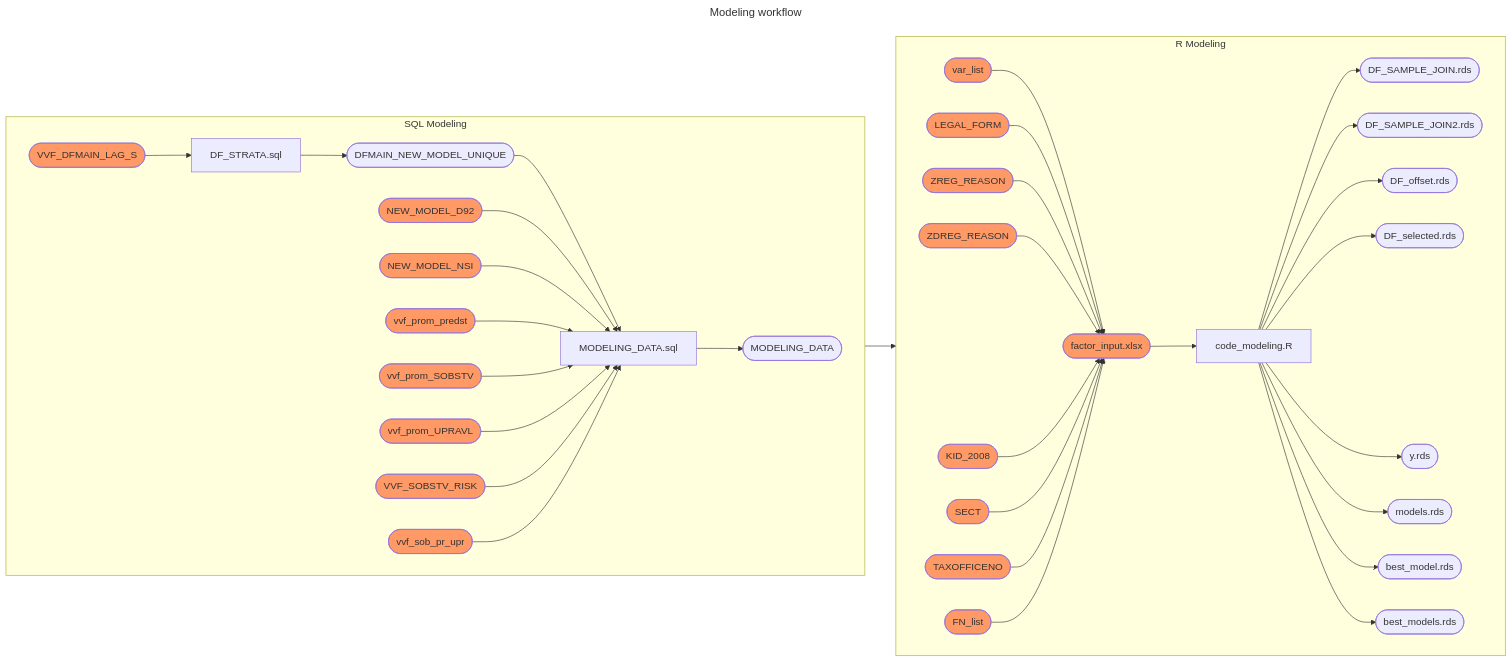
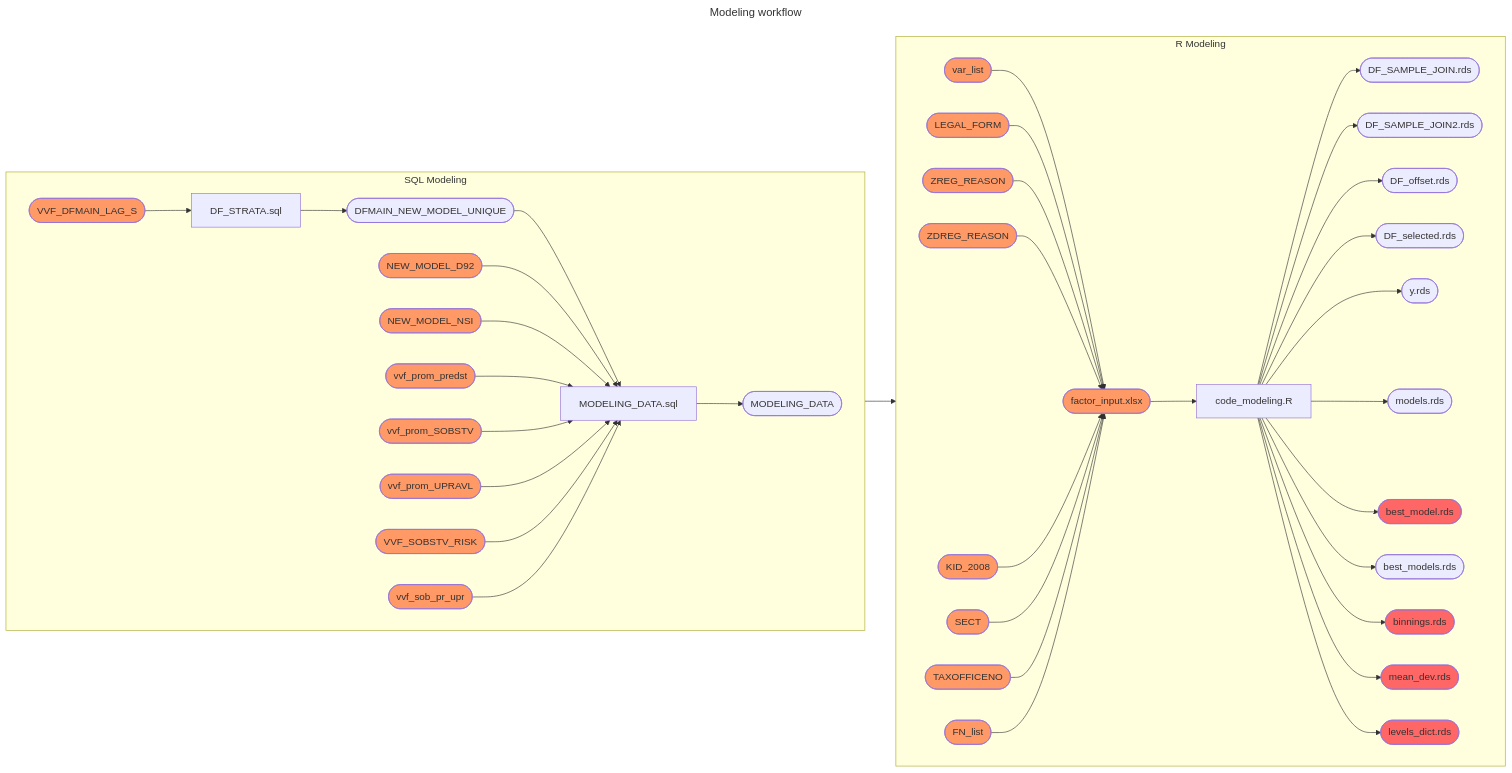
The first of 2 diagrams in user-manual.md (angel-marchev/case-cold-start-modeling), drawn with Mermaid before and after one commit. The commit also changed other lines of this file, not shown here.

````diff
--- a/user-manual.md
+++ b/user-manual.md
@@ -1,51 +1,60 @@
 ```mermaid
 ---
 title: Modeling workflow
 ---
 flowchart LR;
   subgraph sql_modeling["SQL Modeling"]
     direction LR
     input_data([VVF_DFMAIN_LAG_S])-->strata[DF_STRATA.sql];
     strata[DF_STRATA.sql]-->strata_table([DFMAIN_NEW_MODEL_UNIQUE]);
     strata_table([DFMAIN_NEW_MODEL_UNIQUE])-->modeling[MODELING_DATA.sql];
     dekl92([NEW_MODEL_D92])-->modeling[MODELING_DATA.sql];
     gfo([NEW_MODEL_NSI])-->modeling[MODELING_DATA.sql];
     flag_predst([vvf_prom_predst])-->modeling[MODELING_DATA.sql];
     flag_sobst([vvf_prom_SOBSTV])-->modeling[MODELING_DATA.sql];
     flag_uprav([vvf_prom_UPRAVL])-->modeling[MODELING_DATA.sql];
     flag_sobst_risk([VVF_SOBSTV_RISK])-->modeling[MODELING_DATA.sql];
     flag_promeni([vvf_sob_pr_upr])-->modeling[MODELING_DATA.sql];
     modeling[MODELING_DATA.sql]-->modeling_table([MODELING_DATA]);
     class input_data,dekl92,gfo,flag_predst,flag_sobst,flag_uprav,flag_sobst_risk,flag_promeni ToBePrapared;
     classDef ToBePrapared fill:#f96;  
    
   end
   subgraph R_modeling["R Modeling"]
     direction LR
     modeling_table([MODELING_DATA])-->r_model[code_modeling.R];
     r_model[code_modeling.R]-->output1([DF_SAMPLE_JOIN.rds]);
     r_model[code_modeling.R]-->output2([DF_SAMPLE_JOIN2.rds]);
     r_model[code_modeling.R]-->output3([DF_offset.rds]);
     r_model[code_modeling.R]-->output4([DF_selected.rds]);
     r_model[code_modeling.R]-->output5([y.rds]);
     r_model[code_modeling.R]-->output6([models.rds]);
-    r_model[code_modeling.R]-->output7([best_model.rds]);
-    r_model[code_modeling.R]-->output8([best_models.rds]);
+    r_model[code_modeling.R]-->best_model([best_model.rds]);
+    r_model[code_modeling.R]-->output7([best_models.rds]);
+    r_model[code_modeling.R]-->binnings([binnings.rds]);
+    r_model[code_modeling.R]-->mean_dev([mean_dev.rds]);
+    r_model[code_modeling.R]-->levels_dict([levels_dict.rds]);
 
     var_list([var_list])-->user_input_model([factor_input.xlsx]);
     legal_form([LEGAL_FORM])-->user_input_model([factor_input.xlsx]);
     zreg_reason([ZREG_REASON])-->user_input_model([factor_input.xlsx]);
     zdreg_reason([ZDREG_REASON])-->user_input_model([factor_input.xlsx]);
     kid_2008([KID_2008])-->user_input_model([factor_input.xlsx]);
     sect([SECT])-->user_input_model([factor_input.xlsx]);
     taxofficeno([TAXOFFICENO])-->user_input_model([factor_input.xlsx]);
     fn_list([FN_list])-->user_input_model([factor_input.xlsx]);
     user_input_model([factor_input.xlsx])-->r_model[code_modeling.R];
+
     class var_list,legal_form,zreg_reason,zdreg_reason,kid_2008,sect,taxofficeno,fn_list,user_input_model ToBePrapared;
-    classDef ToBePrapared fill:#f96;  
+    classDef ToBePrapared fill:#f96;
+
+    class best_model,binnings,mean_dev,levels_dict ToBeUsed;
+    classDef ToBeUsed fill:#f66;
+
+      
 end
     
   
 
 
 ```
````
